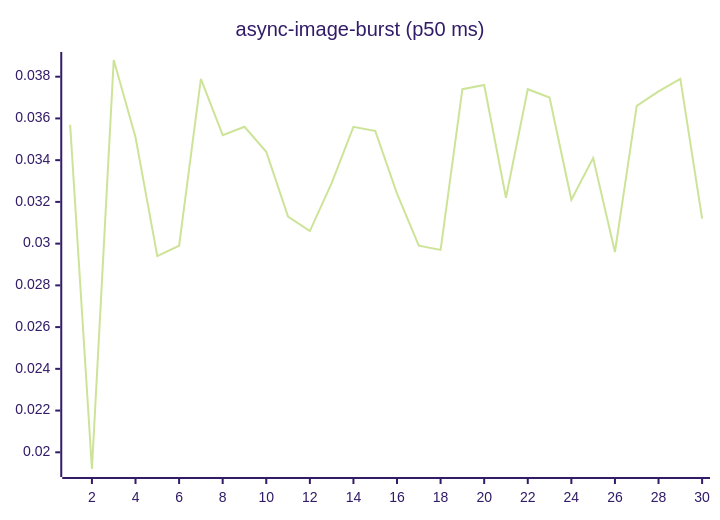
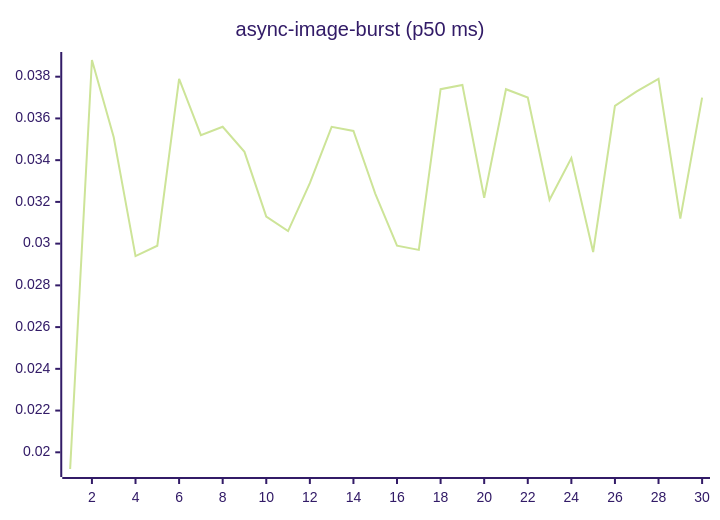
The fourth of 27 diagrams in README.md (josha/Facet), drawn with Mermaid (forest theme) before and after one commit. The commit also changed other lines of this file and 2 other files, not shown here.

````diff
--- a/README.md
+++ b/README.md
@@ -84,6 +84,6 @@
 ```mermaid
 xychart-beta
     title "async-image-burst (p50 ms)"
     x-axis 1 --> 30
-    line [0.0357, 0.0192, 0.0388, 0.0351, 0.0294, 0.0299, 0.0379, 0.0352, 0.0356, 0.0344, 0.0313, 0.0306, 0.0329, 0.0356, 0.0354, 0.0324, 0.0299, 0.0297, 0.0374, 0.0376, 0.0322, 0.0374, 0.0370, 0.0321, 0.0341, 0.0296, 0.0366, 0.0373, 0.0379, 0.0312]
+    line [0.0192, 0.0388, 0.0351, 0.0294, 0.0299, 0.0379, 0.0352, 0.0356, 0.0344, 0.0313, 0.0306, 0.0329, 0.0356, 0.0354, 0.0324, 0.0299, 0.0297, 0.0374, 0.0376, 0.0322, 0.0374, 0.0370, 0.0321, 0.0341, 0.0296, 0.0366, 0.0373, 0.0379, 0.0312, 0.0370]
 ```
````
